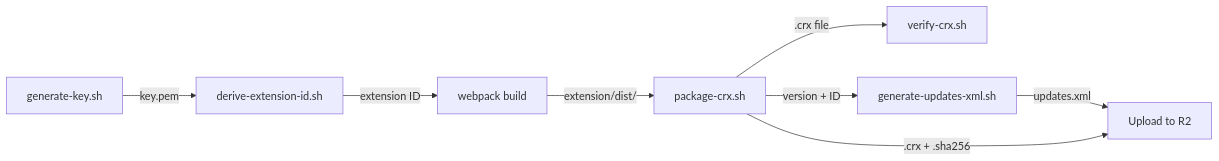
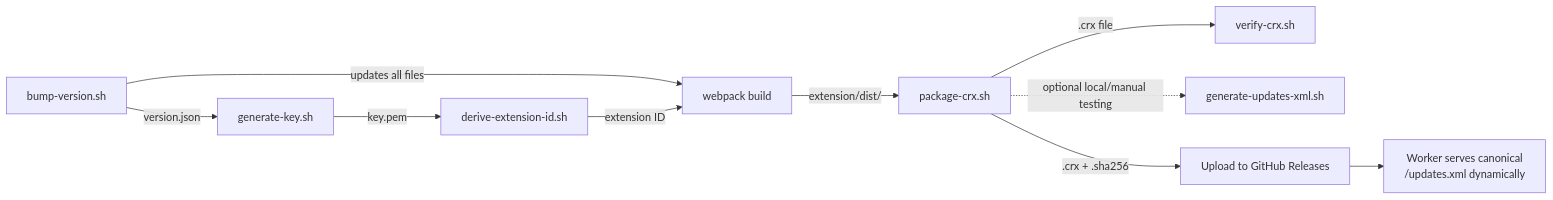
One commit to NICxKMS/auto-coursera changed the diagram in scripts/README.md. Above: the diagram before and after it, drawn with Mermaid. The commit also changed other lines of this file and 116 other files, not shown here.

````diff
--- a/scripts/README.md
+++ b/scripts/README.md
@@ -140,10 +199,12 @@
 ```mermaid
 flowchart LR
+    V["bump-version.sh"] -->|version.json| A
+    V -->|updates all files| C
     A["generate-key.sh"] -->|key.pem| B["derive-extension-id.sh"]
     B -->|extension ID| C["webpack build"]
     C -->|extension/dist/| D["package-crx.sh"]
     D -->|.crx file| E["verify-crx.sh"]
-    D -->|version + ID| F["generate-updates-xml.sh"]
-    F -->|updates.xml| G["Upload to R2"]
-    D -->|.crx + .sha256| G
+  D -.->|optional local/manual testing| F["generate-updates-xml.sh"]
+  D -->|.crx + .sha256| G["Upload to GitHub Releases"]
+  G --> H["Worker serves canonical\n/updates.xml dynamically"]
 ```
````
